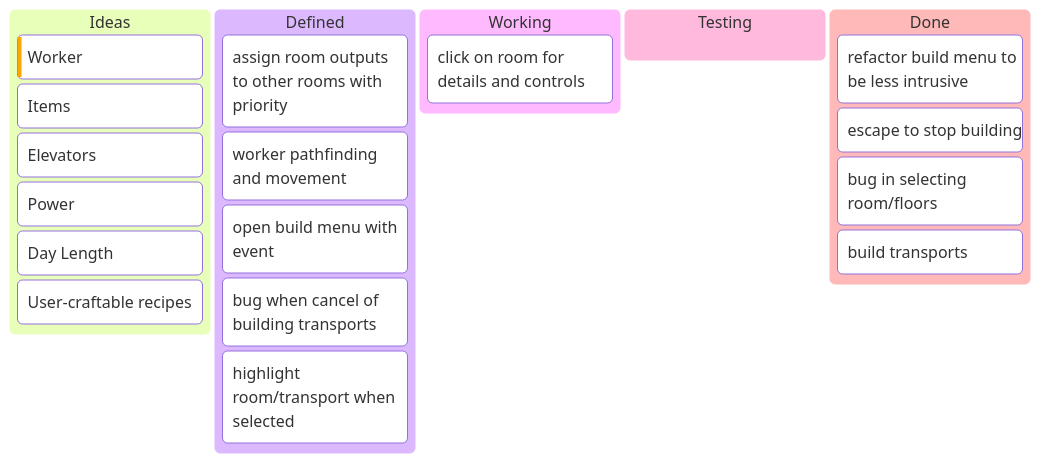
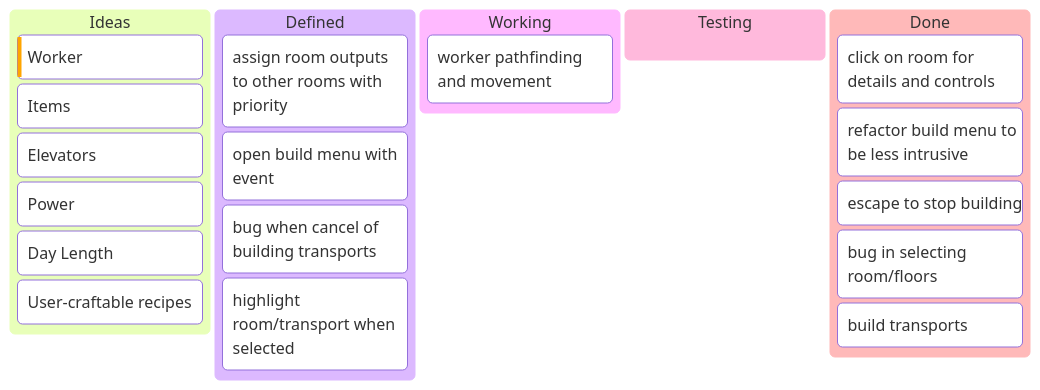
The first of 2 diagrams in TODO.md (sagecottrell/wizard-tower), drawn with Mermaid before and after one commit. The commit also changed other lines of this file and 94 other files, not shown here.

````diff
--- a/TODO.md
+++ b/TODO.md
@@ -5,26 +5,26 @@
 ```mermaid
 
 kanban
     idea[Ideas]
         [Worker]@{priority: 'High'}
         [Items]
         [Elevators]
         [Power]
         [Day Length]
         [User-craftable recipes]
     defined[Defined]
         [assign room outputs to other rooms with priority]
-        [worker pathfinding and movement]
         [open build menu with event]
         [bug when cancel of building transports]
         [highlight room/transport when selected]
     wip[Working]
-        [click on room for details and controls]
+        [worker pathfinding and movement]
     test[Testing]
     done[Done]
+        [click on room for details and controls]
         [refactor build menu to be less intrusive]
         [escape to stop building]
         [bug in selecting room/floors]
         [build transports]
 
 ```
````
